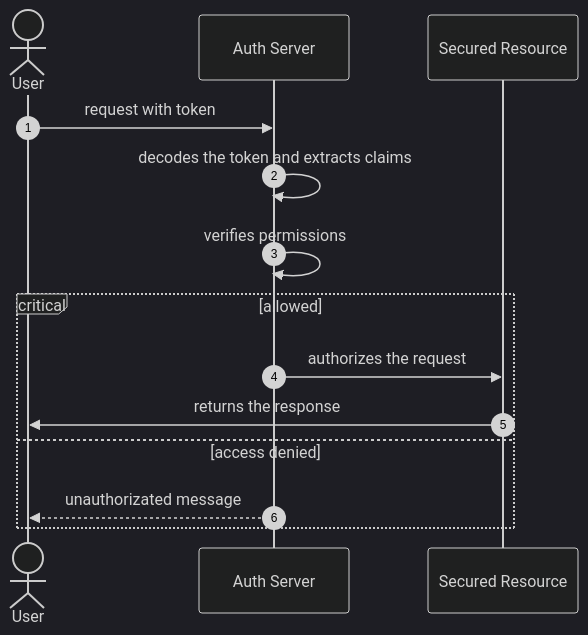
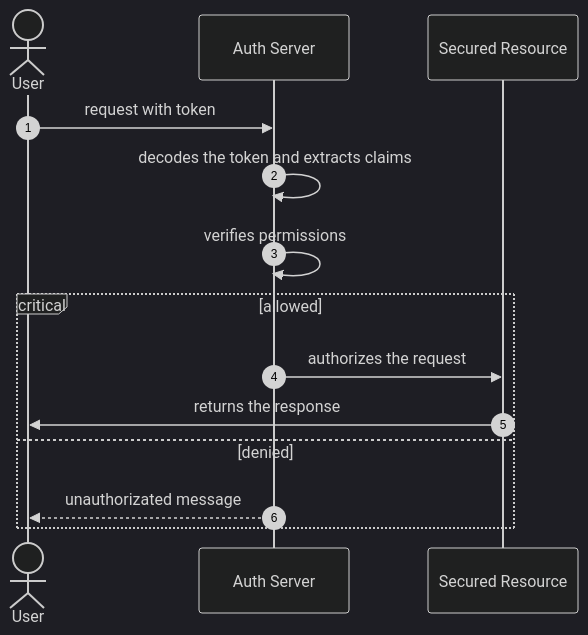
One commit to hsandmann/platform changed the second of 2 diagrams in docs/security.md. Above: the diagram before and after it, drawn with Mermaid (dark theme).

Commit message:
Initial Version

````diff
--- a/docs/security.md
+++ b/docs/security.md
@@ -41,14 +41,14 @@
 ``` mermaid
 sequenceDiagram
   autonumber
   actor User
   User->>Auth Server: request with token
   Auth Server->>Auth Server: decodes the token and extracts claims
   Auth Server->>Auth Server: verifies permissions
   critical allowed
     Auth Server->>Secured Resource: authorizes the request
     Secured Resource->>User: returns the response
-  option access denied
+  option denied
     Auth Server-->>User: unauthorizated message
   end  
 ```
````
